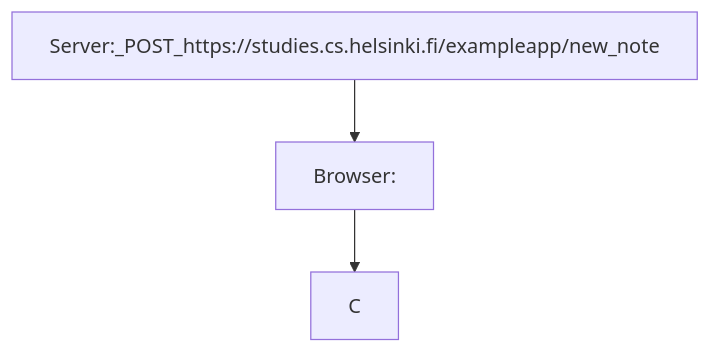
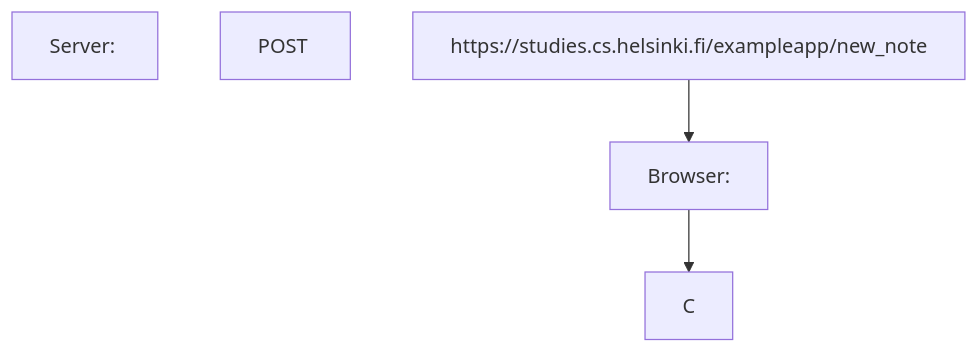
The diagram in part0/New_note_diagram.md (vheikkiniemi/FSO2024), drawn with Mermaid before and after one commit.

````diff
--- a/part0/New_note_diagram.md
+++ b/part0/New_note_diagram.md
@@ -52,5 +52,5 @@
 ```mermaid
 graph TD;
-    Server:_POST_https://studies.cs.helsinki.fi/exampleapp/new_note --> Browser:;
+    Server:&nbsp;POST&nbsp;https://studies.cs.helsinki.fi/exampleapp/new_note --> Browser:;
     Browser: --> C;
 ```
````
